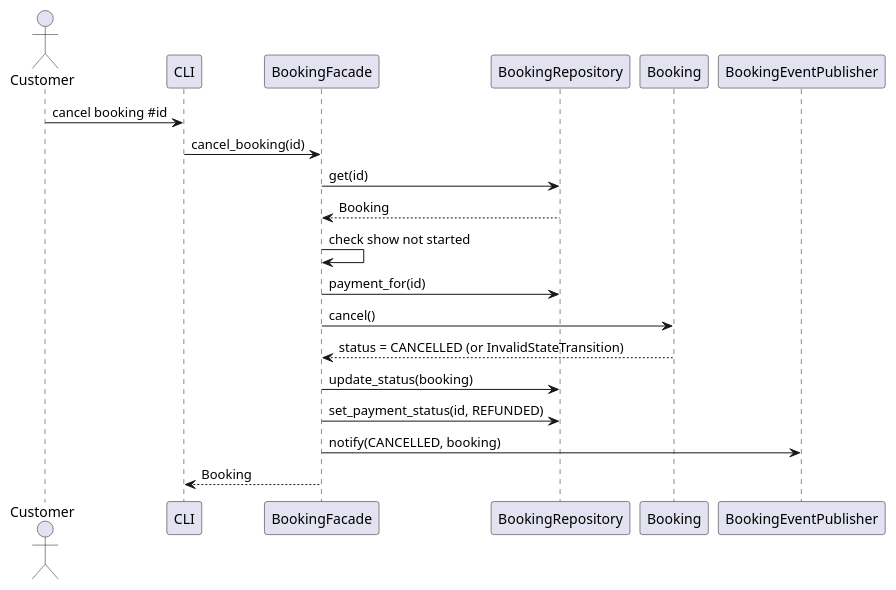
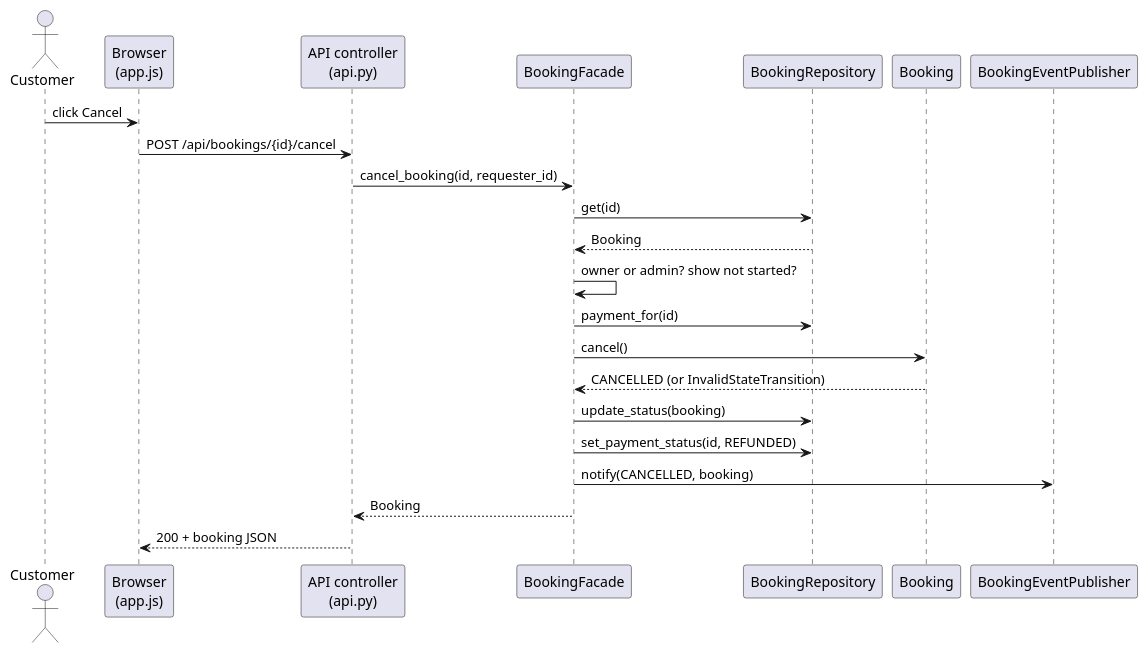
Before and after one commit to meerakumar-1/cinebook-ooad: the diagram in cinebook/cinebook/docs/uml/05_sequence_cancel.puml, drawn with PlantUML. The commit also changed 52 other files, not shown here.

```diff
--- a/cinebook/cinebook/docs/uml/05_sequence_cancel.puml
+++ b/cinebook/cinebook/docs/uml/05_sequence_cancel.puml
@@ -1,20 +1,23 @@
 @startuml sequence_cancel
 actor Customer
-participant CLI
+participant "Browser\n(app.js)" as UI
+participant "API controller\n(api.py)" as API
 participant BookingFacade as F
 participant BookingRepository as BR
 participant Booking as B
 participant BookingEventPublisher as Pub
-Customer -> CLI : cancel booking #id
-CLI -> F : cancel_booking(id)
+Customer -> UI : click Cancel
+UI -> API : POST /api/bookings/{id}/cancel
+API -> F : cancel_booking(id, requester_id)
 F -> BR : get(id)
 BR --> F : Booking
-F -> F : check show not started
+F -> F : owner or admin? show not started?
 F -> BR : payment_for(id)
 F -> B : cancel()
-B --> F : status = CANCELLED (or InvalidStateTransition)
+B --> F : CANCELLED (or InvalidStateTransition)
 F -> BR : update_status(booking)
 F -> BR : set_payment_status(id, REFUNDED)
 F -> Pub : notify(CANCELLED, booking)
-F --> CLI : Booking
+F --> API : Booking
+API --> UI : 200 + booking JSON
 @enduml
```
